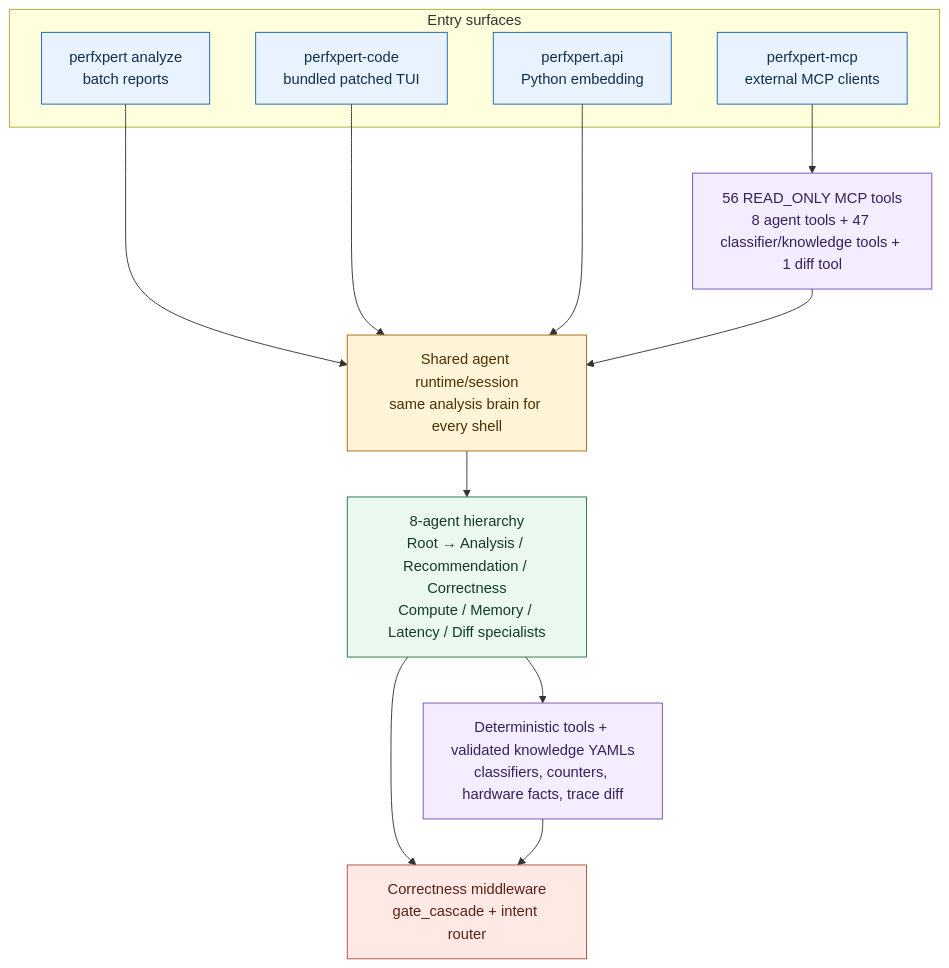
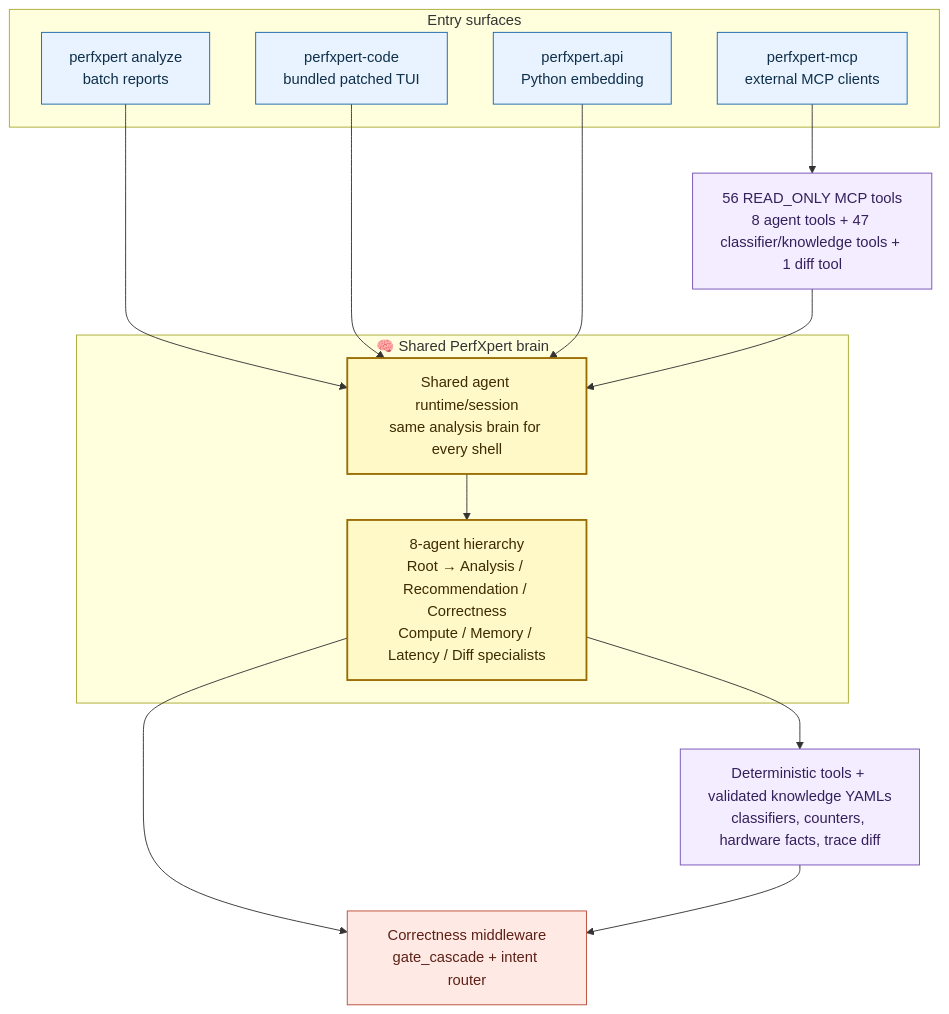
The diagram in experimental/python/perfxpert/README.md (ROCm/rocm-systems), drawn with Mermaid before and after one commit. The commit also changed 3 other files, not shown here.

````diff
--- a/experimental/python/perfxpert/README.md
+++ b/experimental/python/perfxpert/README.md
@@ -116,37 +116,40 @@
 ```mermaid
 flowchart TD
   classDef entry fill:#e8f3ff,stroke:#1664ad,color:#0f2f4a,stroke-width:1px
   classDef runtime fill:#fff4d8,stroke:#a66a00,color:#4a3100,stroke-width:1px
   classDef agent fill:#eaf8ef,stroke:#227343,color:#143b26,stroke-width:1px
+  classDef brain fill:#fff8c7,stroke:#9a6b00,color:#3d2b00,stroke-width:2px
   classDef guard fill:#ffe9e4,stroke:#b94a36,color:#5c2016,stroke-width:1px
   classDef data fill:#f4edff,stroke:#7250b5,color:#34205c,stroke-width:1px
 
   subgraph entry["Entry surfaces"]
     analyze["perfxpert analyze<br/>batch reports"]
     code["perfxpert-code<br/>bundled patched TUI"]
     mcp["perfxpert-mcp<br/>external MCP clients"]
     api["perfxpert.api<br/>Python embedding"]
   end
 
-  runtime["Shared agent runtime/session<br/>same analysis brain for every shell"]
-  hierarchy["8-agent hierarchy<br/>Root → Analysis / Recommendation / Correctness<br/>Compute / Memory / Latency / Diff specialists"]
+  subgraph brainSection["🧠 Shared PerfXpert brain"]
+    runtime["Shared agent runtime/session<br/>same analysis brain for every shell"]
+    hierarchy["8-agent hierarchy<br/>Root → Analysis / Recommendation / Correctness<br/>Compute / Memory / Latency / Diff specialists"]
+  end
+
   knowledge["Deterministic tools + validated knowledge YAMLs<br/>classifiers, counters, hardware facts, trace diff"]
   gates["Correctness middleware<br/>gate_cascade + intent router"]
   readonly["56 READ_ONLY MCP tools<br/>8 agent tools + 47 classifier/knowledge tools + 1 diff tool"]
 
   analyze --> runtime
   code --> runtime
   api --> runtime
   mcp --> readonly
   readonly --> runtime
   runtime --> hierarchy
   hierarchy --> knowledge
   hierarchy --> gates
   knowledge --> gates
 
   class analyze,code,mcp,api entry
-  class runtime runtime
-  class hierarchy agent
+  class runtime,hierarchy brain
   class gates guard
   class knowledge,readonly data
 ```
````
